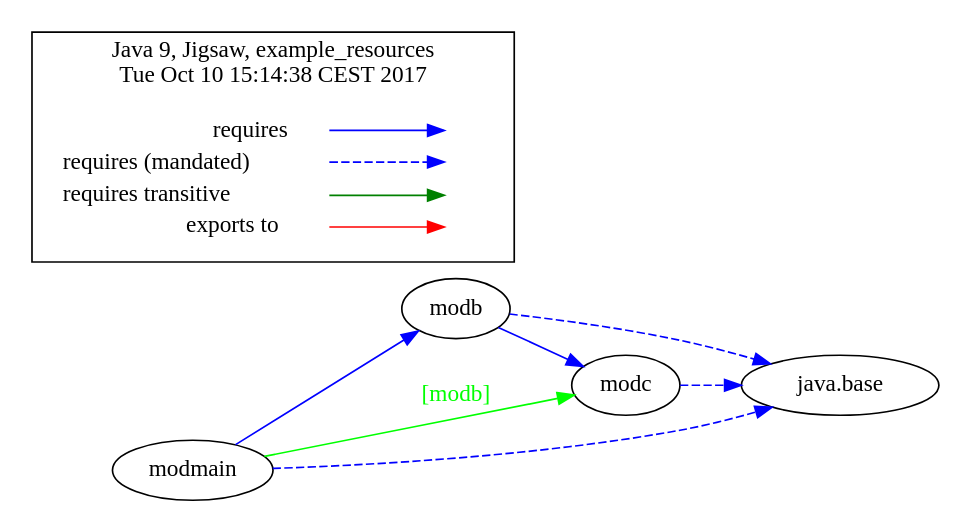
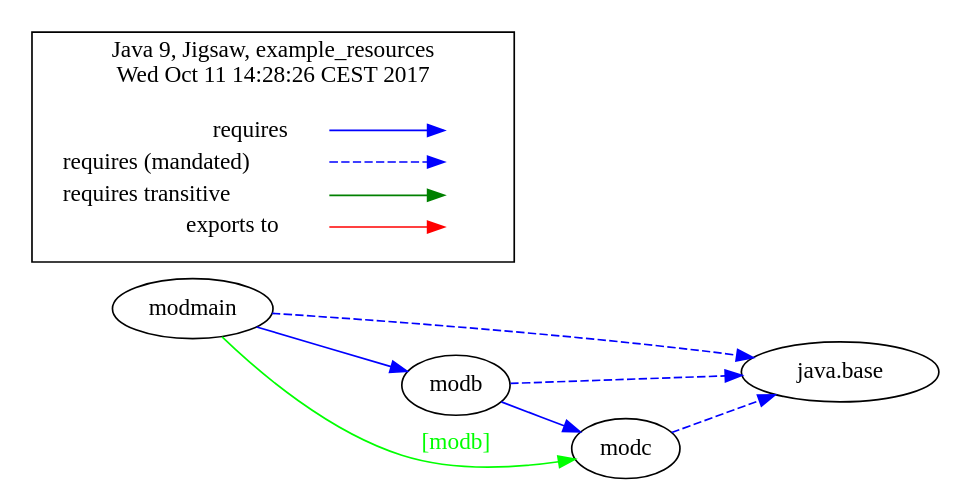
The diagram in jigsaw-examples/example_resources/moduledependencies-withlegend.dot (accso/java9-jigsaw-examples), drawn with Graphviz before and after one commit. The commit also changed 18 other files, not shown here.

```diff
--- a/jigsaw-examples/example_resources/moduledependencies-withlegend.dot
+++ b/jigsaw-examples/example_resources/moduledependencies-withlegend.dot
@@ -1,36 +1,36 @@
-# Created by depvis.JigsawDepVisualizer on Tue Oct 10 15:14:37 CEST 2017
+# Created by depvis.JigsawDepVisualizer on Wed Oct 11 14:28:26 CEST 2017
 digraph Java9_Dependency_Visualizer {
+modmain[fontname="Consolas",shape="ellipse",label="modmain"];
 modb[fontname="Consolas",shape="ellipse",label="modb"];
+java_base[fontname="Consolas",shape="ellipse",label="java.base"];
 modc[fontname="Consolas",shape="ellipse",label="modc"];
-java_base[fontname="Consolas",shape="ellipse",label="java.base"];
-modmain[fontname="Consolas",shape="ellipse",label="modmain"];
-modb -> modc[color="#0000ff",fontname="Consolas",fontcolor="#0000ff",weight="8"]
-modb -> java_base[color="#0000ff",fontname="Consolas",fontcolor="#0000ff",style="dashed",weight="16"]
 modmain -> modb[color="#0000ff",fontname="Consolas",fontcolor="#0000ff",weight="8"]
 modmain -> java_base[color="#0000ff",fontname="Consolas",fontcolor="#0000ff",style="dashed",weight="16"]
 modmain -> modc[color="#00ff00",fontname="Consolas",fontcolor="#00ff00",weight="4",label="[modb]"]
+modb -> modc[color="#0000ff",fontname="Consolas",fontcolor="#0000ff",weight="8"]
+modb -> java_base[color="#0000ff",fontname="Consolas",fontcolor="#0000ff",style="dashed",weight="16"]
 modc -> java_base[color="#0000ff",fontname="Consolas",fontcolor="#0000ff",style="dashed",weight="16"]
 rankdir=LR
 node [shape=plaintext]
 subgraph cluster_01 { 
   label = "Java 9, Jigsaw, example_resources
-Tue Oct 10 15:14:38 CEST 2017"
+Wed Oct 11 14:28:26 CEST 2017"
   fontname="Consolas"
   key [label=<<table border="0" cellpadding="2" cellspacing="0" cellborder="0">
     <tr><td align="right" port="i1">requires</td></tr>
     <tr><td align="right" port="i2">requires (mandated)</td></tr>
     <tr><td align="right" port="i3">requires transitive</td></tr>
     <tr><td align="right" port="i4">exports to</td></tr>
     </table>>,fontname="Consolas"]
   key2 [label=<<table border="0" cellpadding="2" cellspacing="0" cellborder="0">
     <tr><td port="i1">&nbsp;</td></tr>
     <tr><td port="i2">&nbsp;</td></tr>
     <tr><td port="i3">&nbsp;</td></tr>
     <tr><td port="i4">&nbsp;</td></tr>
     </table>>,fontname="Consolas"]
   key:i1:e -> key2:i1:w [color=BLUE]
   key:i2:e -> key2:i2:w [color=BLUE, style=dashed]
   key:i3:e -> key2:i3:w [color=GREEN]
   key:i4:e -> key2:i4:w [color=RED]
 }
 }
```
